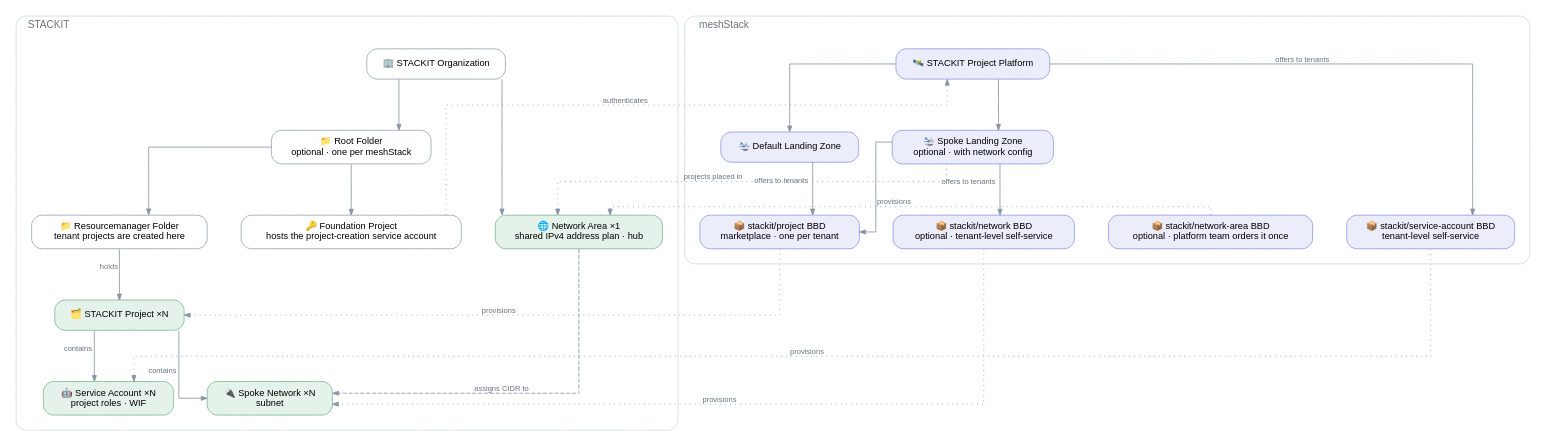
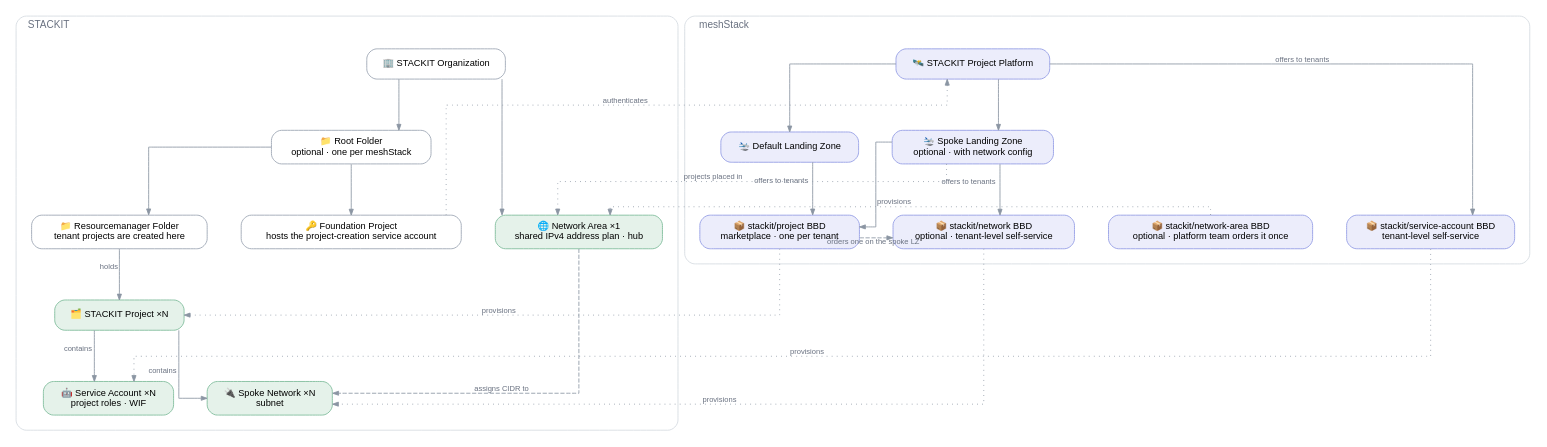
The diagram in reference-architectures/stackit-landingzone/stackit-landingzone.dot (meshcloud/meshstack-hub), drawn with Graphviz before and after one commit. The commit also changed 28 other files, not shown here.

```diff
--- a/reference-architectures/stackit-landingzone/stackit-landingzone.dot
+++ b/reference-architectures/stackit-landingzone/stackit-landingzone.dot
@@ -1,77 +1,78 @@
 /*
  * STACKIT Landing Zone reference architecture.
  * Conventions: .agents/references/diagrams.md — render with: task diagrams
  */
 digraph stackit_landingzone {
   rankdir=TB
   splines=ortho
   forcelabels=true
   bgcolor="white"
   nodesep=0.55
   ranksep=0.85
 
   node [shape=box style="rounded,filled" fontname="Helvetica" fontsize=11
         fillcolor="#ffffff" color="#a2abb8" penwidth=1.1 margin="0.20,0.11"]
   edge [fontname="Helvetica" fontsize=9 fontcolor="#697180" color="#8b95a3" arrowsize=0.7]
 
   subgraph cluster_stackit {
     label="  STACKIT"
     labeljust=l
     fontname="Helvetica" fontsize=12 fontcolor="#697180"
     style="rounded" color="#d5dae0"
     margin=18
 
     ORG    [label="🏢 STACKIT Organization" fillcolor="#ffffff" color="#a2abb8"]
     ROOT   [label="📁 Root Folder\noptional · one per meshStack" fillcolor="#ffffff" color="#a2abb8"]
     FOUND  [label="🔑 Foundation Project\nhosts the project-creation service account" fillcolor="#ffffff" color="#a2abb8"]
     FOLDER [label="📁 Resourcemanager Folder\ntenant projects are created here" fillcolor="#ffffff" color="#a2abb8"]
     NA     [label="🌐 Network Area ×1\nshared IPv4 address plan · hub" fillcolor="#e5f2ea" color="#85bfa0"]
     PRJ    [label="🗂️ STACKIT Project ×N" fillcolor="#e5f2ea" color="#85bfa0"]
     SA     [label="🤖 Service Account ×N\nproject roles · WIF" fillcolor="#e5f2ea" color="#85bfa0"]
     SPOKE  [label="🔌 Spoke Network ×N\nsubnet" fillcolor="#e5f2ea" color="#85bfa0"]
 
     { rank=same; FOUND -> FOLDER -> NA [style=invis] }
 
     ORG    -> ROOT
     ROOT   -> FOUND
     ROOT   -> FOLDER
     ORG    -> NA
     FOLDER -> PRJ   [xlabel="holds"]
     PRJ    -> SA    [xlabel="contains"]
     PRJ    -> SPOKE [xlabel="contains"]
     NA     -> SPOKE [xlabel="assigns CIDR to" style=dashed constraint=false]
   }
 
   subgraph cluster_mesh {
     label="  meshStack"
     labeljust=l
     fontname="Helvetica" fontsize=12 fontcolor="#697180"
     style="rounded" color="#d5dae0"
     margin=18
 
     PLAT     [label="🛰️ STACKIT Project Platform" fillcolor="#ecedfb" color="#9aa2e6"]
     DEFLZ    [label="🛬 Default Landing Zone" fillcolor="#ecedfb" color="#9aa2e6"]
     NETLZ    [label="🛬 Spoke Landing Zone\noptional · with network config" fillcolor="#ecedfb" color="#9aa2e6"]
     PRJBBD   [label="📦 stackit/project BBD\nmarketplace · one per tenant" fillcolor="#ecedfb" color="#9aa2e6"]
     SABBD    [label="📦 stackit/service-account BBD\ntenant-level self-service" fillcolor="#ecedfb" color="#9aa2e6"]
     NABBD    [label="📦 stackit/network-area BBD\noptional · platform team orders it once" fillcolor="#ecedfb" color="#9aa2e6"]
     SPOKEBBD [label="📦 stackit/network BBD\noptional · tenant-level self-service" fillcolor="#ecedfb" color="#9aa2e6"]
 
     { rank=same; DEFLZ -> NETLZ [style=invis] }
     { rank=same; PRJBBD -> SABBD -> SPOKEBBD -> NABBD [style=invis] }
 
     PLAT  -> DEFLZ
     PLAT  -> NETLZ
     DEFLZ -> PRJBBD   [xlabel="offers to tenants"]
     NETLZ -> PRJBBD
     PLAT  -> SABBD    [xlabel="offers to tenants"]
     NETLZ -> SPOKEBBD [xlabel="offers to tenants"]
   }
 
   FOUND    -> PLAT  [xlabel="authenticates" style=dotted constraint=false]
   PRJBBD   -> PRJ   [xlabel="provisions" style=dotted constraint=false]
   SABBD    -> SA    [xlabel="provisions" style=dotted constraint=false]
   NABBD    -> NA    [xlabel="provisions" style=dotted constraint=false]
   SPOKEBBD -> SPOKE [xlabel="provisions" style=dotted constraint=false]
+  PRJBBD   -> SPOKEBBD [xlabel="orders one on the spoke LZ" style=dashed constraint=false]
   NETLZ    -> NA    [xlabel="projects placed in" style=dotted constraint=false]
 }
```
